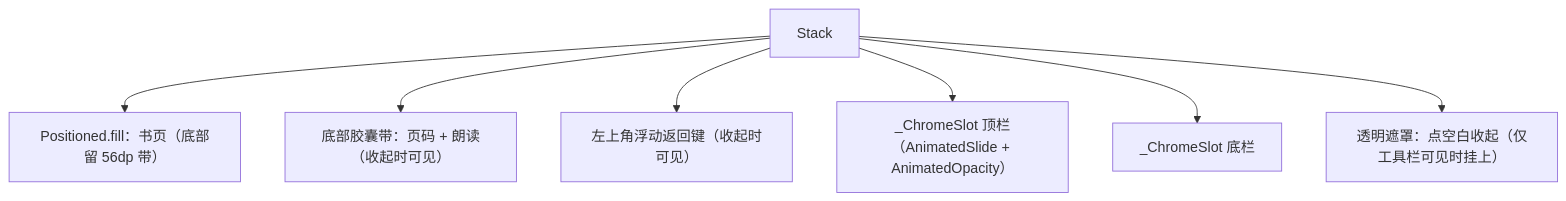
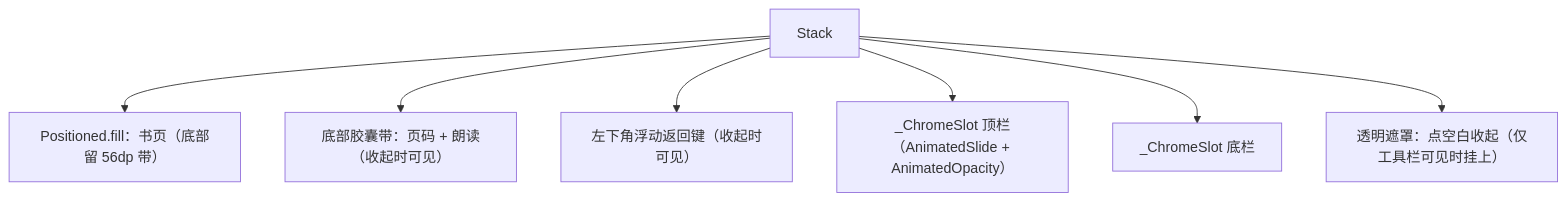
One commit to kindywu/contexta changed the fourth of 6 diagrams in impl/app/flutter/docs/reading-spread.md. Above: the diagram before and after it, drawn with Mermaid. The commit also changed other lines of this file and 34 other files, not shown here.

````diff
--- a/impl/app/flutter/docs/reading-spread.md
+++ b/impl/app/flutter/docs/reading-spread.md
@@ -254,9 +256,9 @@
 ```mermaid
 flowchart TB
     A["Stack"] --> B["Positioned.fill：书页（底部留 56dp 带）"]
     A --> C["底部胶囊带：页码 + 朗读（收起时可见）"]
-    A --> G["左上角浮动返回键（收起时可见）"]
+    A --> G["左下角浮动返回键（收起时可见）"]
     A --> D["_ChromeSlot 顶栏（AnimatedSlide + AnimatedOpacity）"]
     A --> E["_ChromeSlot 底栏"]
     A --> F["透明遮罩：点空白收起（仅工具栏可见时挂上）"]
 ```
````
